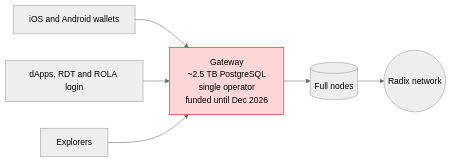
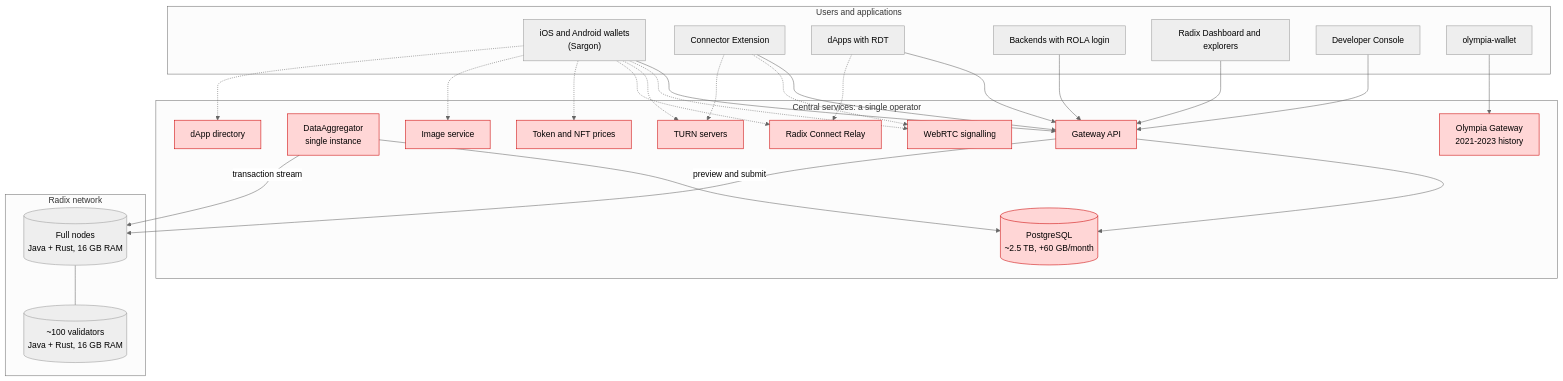
The first of 2 diagrams in docs/en/01-current-situation.md (dazligth/radix-decentralization-roadmap), drawn with Mermaid (neutral theme) before and after one commit. The commit also changed other lines of this file and 17 other files, not shown here.

First line of the commit message:
Add lighter nodes (4 GB RAM / 500 GB), implementation guide and infrastructure diagrams

````diff
--- a/docs/en/01-current-situation.md
+++ b/docs/en/01-current-situation.md
@@ -42,10 +42,51 @@
 ```mermaid
-flowchart LR
-    W["iOS and Android wallets"] --> G
-    D["dApps, RDT and ROLA login"] --> G
-    X["Explorers"] --> G
-    G["Gateway<br/>~2.5 TB PostgreSQL<br/>single operator<br/>funded until Dec 2026"] --> N[("Full nodes")]
-    N --> R(("Radix network"))
-    classDef spof fill:#ffd6d6,stroke:#c00,color:#000
-    class G spof
+flowchart TB
+    subgraph APPS["Users and applications"]
+        W["iOS and Android wallets<br/>(Sargon)"]
+        EXT["Connector Extension"]
+        DAPP["dApps with RDT"]
+        ROLA["Backends with ROLA login"]
+        EXP["Radix Dashboard and explorers"]
+        DEV["Developer Console"]
+        OLYW["olympia-wallet"]
+    end
+    subgraph CENTRAL["Central services: a single operator"]
+        GW["Gateway API"]
+        AGG["DataAggregator<br/>single instance"]
+        PG[("PostgreSQL<br/>~2.5 TB, +60 GB/month")]
+        SIG["WebRTC signalling"]
+        TURN["TURN servers"]
+        RELAY["Radix Connect Relay"]
+        PRICE["Token and NFT prices"]
+        IMG["Image service"]
+        DIR["dApp directory"]
+        OGW["Olympia Gateway<br/>2021-2023 history"]
+    end
+    subgraph NET["Radix network"]
+        FN[("Full nodes<br/>Java + Rust, 16 GB RAM")]
+        VAL[("~100 validators<br/>Java + Rust, 16 GB RAM")]
+    end
+    W --> GW
+    EXT --> GW
+    DAPP --> GW
+    ROLA --> GW
+    EXP --> GW
+    DEV --> GW
+    GW --> PG
+    AGG --> PG
+    AGG -- "transaction stream" --> FN
+    GW -- "preview and submit" --> FN
+    FN --- VAL
+    W -.-> SIG
+    EXT -.-> SIG
+    W -.-> TURN
+    EXT -.-> TURN
+    W -.-> RELAY
+    DAPP -.-> RELAY
+    W -.-> PRICE
+    W -.-> IMG
+    W -.-> DIR
+    OLYW --> OGW
+    classDef central fill:#ffd6d6,stroke:#c00,color:#000
+    class GW,AGG,PG,SIG,TURN,RELAY,PRICE,IMG,DIR,OGW central
 ```
````
